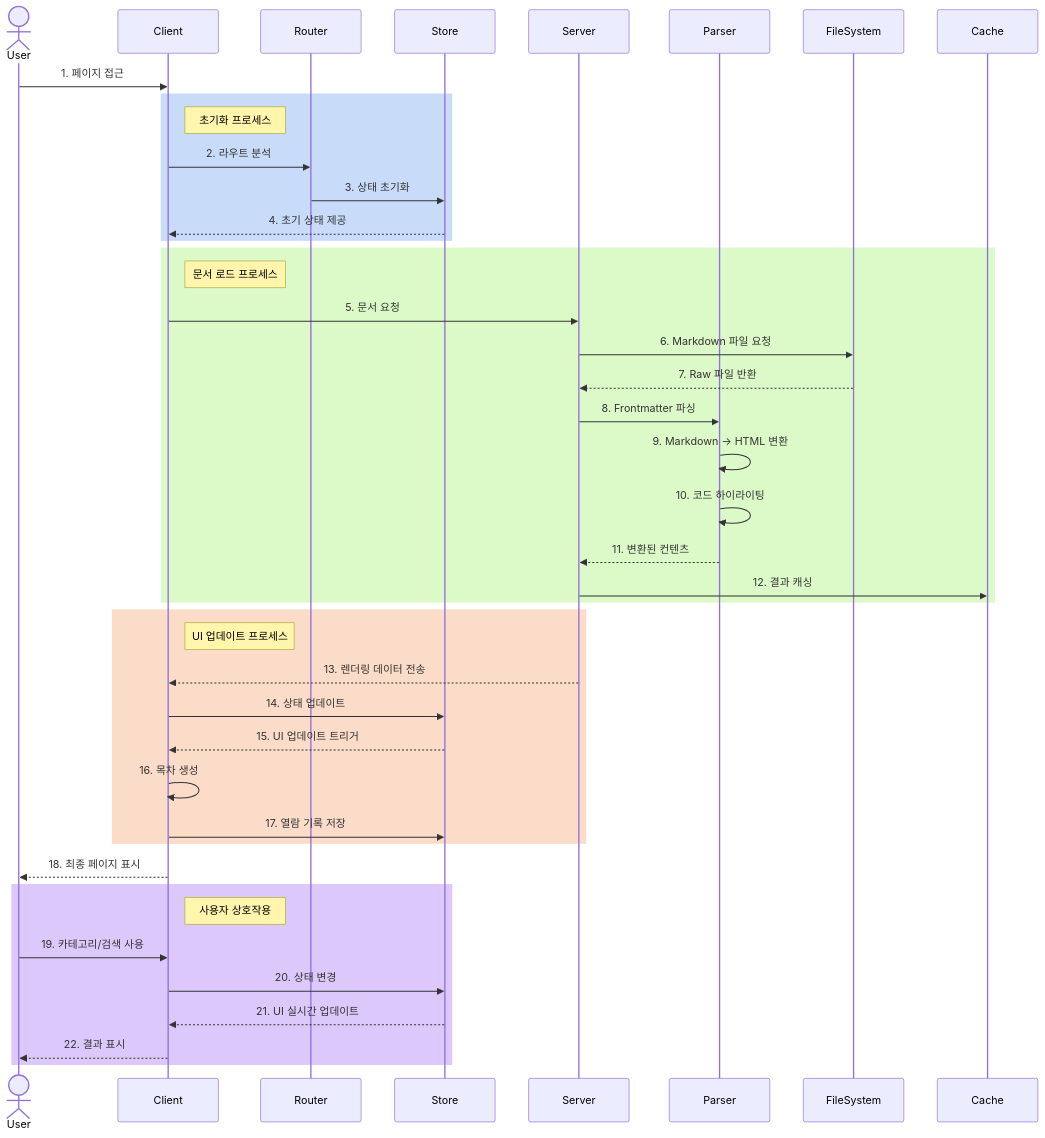
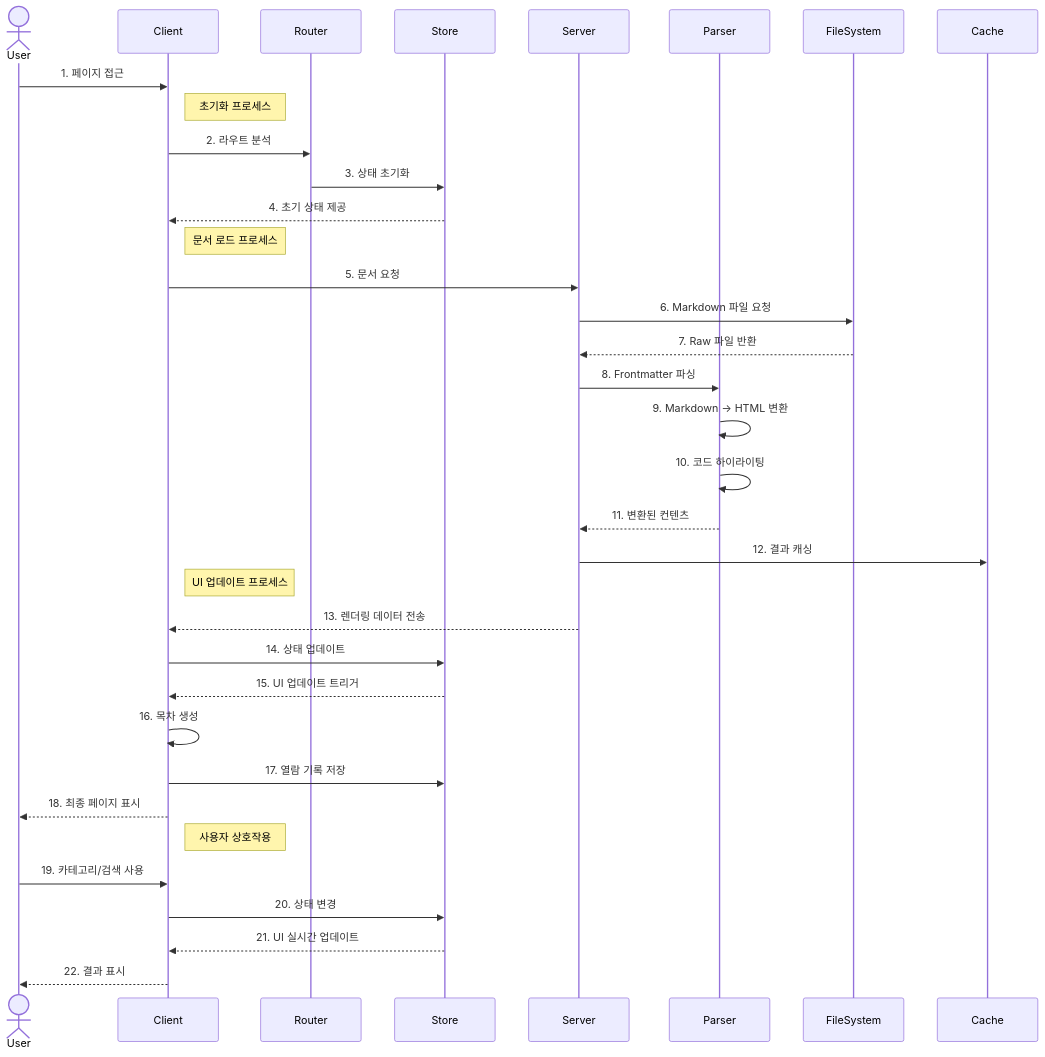
Before and after one commit to nimkoes/tech-blog: the second of 2 diagrams in README.md, drawn with Mermaid.

````diff
--- a/README.md
+++ b/README.md
@@ -28,51 +28,43 @@
 ```mermaid
 sequenceDiagram
     actor User
     participant Client
     participant Router
     participant Store
     participant Server
     participant Parser
     participant FileSystem
     participant Cache
 
     User->>Client: 1. 페이지 접근
     
-    rect rgb(200, 220, 250)
-        note right of Client: 초기화 프로세스
-        Client->>Router: 2. 라우트 분석
-        Router->>Store: 3. 상태 초기화
-        Store-->>Client: 4. 초기 상태 제공
-    end
+    note right of Client: 초기화 프로세스
+    Client->>Router: 2. 라우트 분석
+    Router->>Store: 3. 상태 초기화
+    Store-->>Client: 4. 초기 상태 제공
 
-    rect rgb(220, 250, 200)
-        note right of Client: 문서 로드 프로세스
-        Client->>Server: 5. 문서 요청
-        Server->>FileSystem: 6. Markdown 파일 요청
-        FileSystem-->>Server: 7. Raw 파일 반환
-        Server->>Parser: 8. Frontmatter 파싱
-        Parser->>Parser: 9. Markdown → HTML 변환
-        Parser->>Parser: 10. 코드 하이라이팅
-        Parser-->>Server: 11. 변환된 컨텐츠
-        Server->>Cache: 12. 결과 캐싱
-    end
+    note right of Client: 문서 로드 프로세스
+    Client->>Server: 5. 문서 요청
+    Server->>FileSystem: 6. Markdown 파일 요청
+    FileSystem-->>Server: 7. Raw 파일 반환
+    Server->>Parser: 8. Frontmatter 파싱
+    Parser->>Parser: 9. Markdown → HTML 변환
+    Parser->>Parser: 10. 코드 하이라이팅
+    Parser-->>Server: 11. 변환된 컨텐츠
+    Server->>Cache: 12. 결과 캐싱
 
-    rect rgb(250, 220, 200)
-        note right of Client: UI 업데이트 프로세스
-        Server-->>Client: 13. 렌더링 데이터 전송
-        Client->>Store: 14. 상태 업데이트
-        Store-->>Client: 15. UI 업데이트 트리거
-        Client->>Client: 16. 목차 생성
-        Client->>Store: 17. 열람 기록 저장
-    end
+    note right of Client: UI 업데이트 프로세스
+    Server-->>Client: 13. 렌더링 데이터 전송
+    Client->>Store: 14. 상태 업데이트
+    Store-->>Client: 15. UI 업데이트 트리거
+    Client->>Client: 16. 목차 생성
+    Client->>Store: 17. 열람 기록 저장
 
     Client-->>User: 18. 최종 페이지 표시
 
-    rect rgb(220, 200, 250)
-        note right of Client: 사용자 상호작용
-        User->>Client: 19. 카테고리/검색 사용
-        Client->>Store: 20. 상태 변경
-        Store-->>Client: 21. UI 실시간 업데이트
-        Client-->>User: 22. 결과 표시
-    end
+    note right of Client: 사용자 상호작용
+    User->>Client: 19. 카테고리/검색 사용
+    Client->>Store: 20. 상태 변경
+    Store-->>Client: 21. UI 실시간 업데이트
+    Client-->>User: 22. 결과 표시
 ```
````
